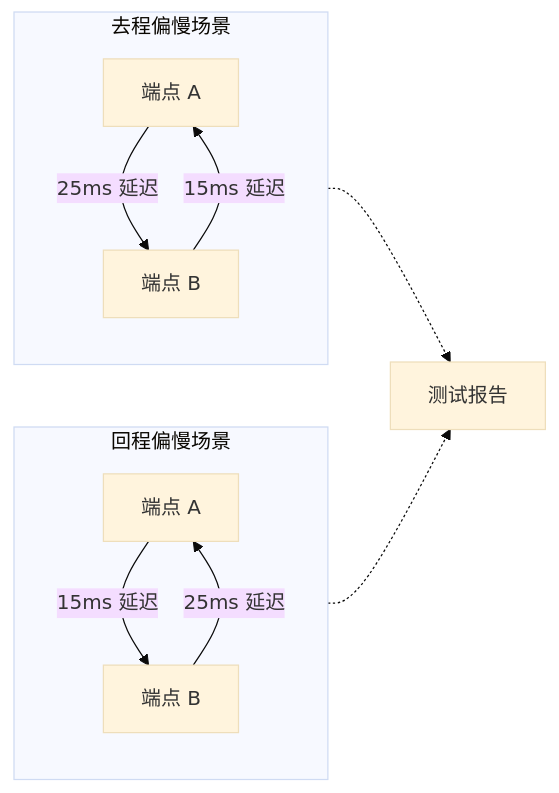
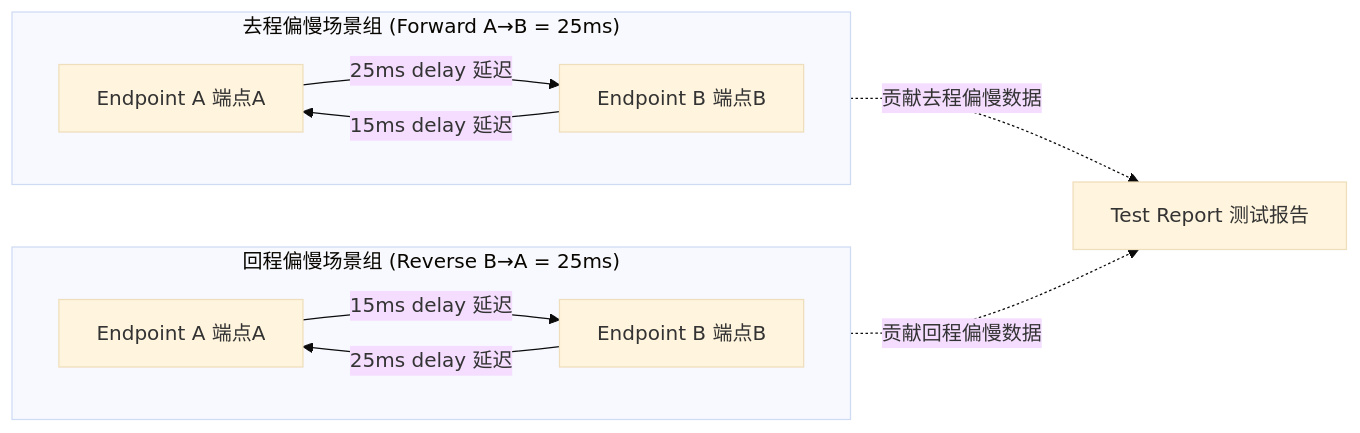
One commit to liulilittle/ucp changed the third of 4 diagrams in docs/performance_CN.md. Above: the diagram before and after it, drawn with Mermaid (base theme). The commit also changed other lines of this file and 43 other files, not shown here.

````diff
--- a/docs/performance_CN.md
+++ b/docs/performance_CN.md
@@ -133,15 +150,17 @@
 ```mermaid
 flowchart LR
-    subgraph ForwardHeavy[去程偏慢场景]
-        A1[端点 A] -- "25ms 延迟" --> B1[端点 B]
-        B1 -- "15ms 延迟" --> A1
+    subgraph ForwardHeavy["去程偏慢场景组 (Forward A→B = 25ms)"]
+        direction LR
+        A1["Endpoint A 端点A"] -- "25ms delay 延迟" --> B1["Endpoint B 端点B"]
+        B1 -- "15ms delay 延迟" --> A1
     end
-
-    subgraph ReverseHeavy[回程偏慢场景]
-        A2[端点 A] -- "15ms 延迟" --> B2[端点 B]
-        B2 -- "25ms 延迟" --> A2
+    
+    subgraph ReverseHeavy["回程偏慢场景组 (Reverse B→A = 25ms)"]
+        direction LR
+        A2["Endpoint A 端点A"] -- "15ms delay 延迟" --> B2["Endpoint B 端点B"]
+        B2 -- "25ms delay 延迟" --> A2
     end
-
-    ForwardHeavy -.-> Report[测试报告]
-    ReverseHeavy -.-> Report
+    
+    ForwardHeavy -.->|"贡献去程偏慢数据"| Report["Test Report 测试报告"]
+    ReverseHeavy -.->|"贡献回程偏慢数据"| Report
 ```
````
